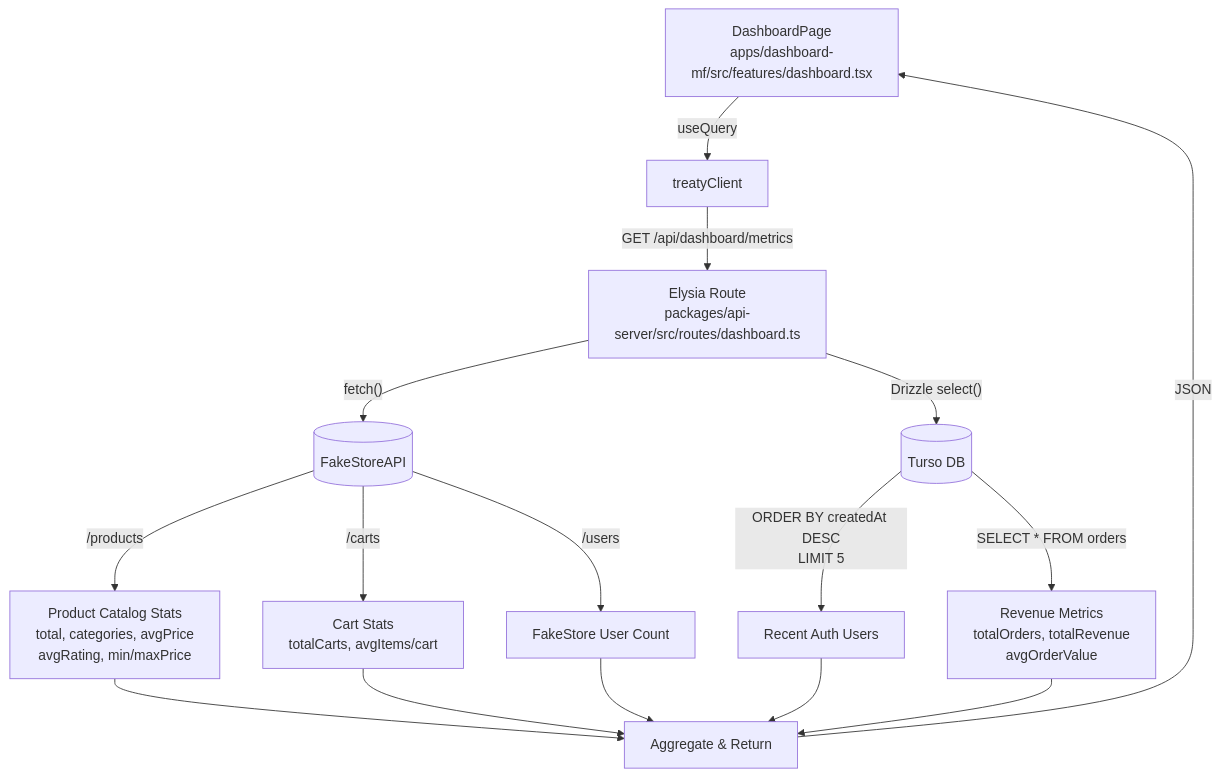
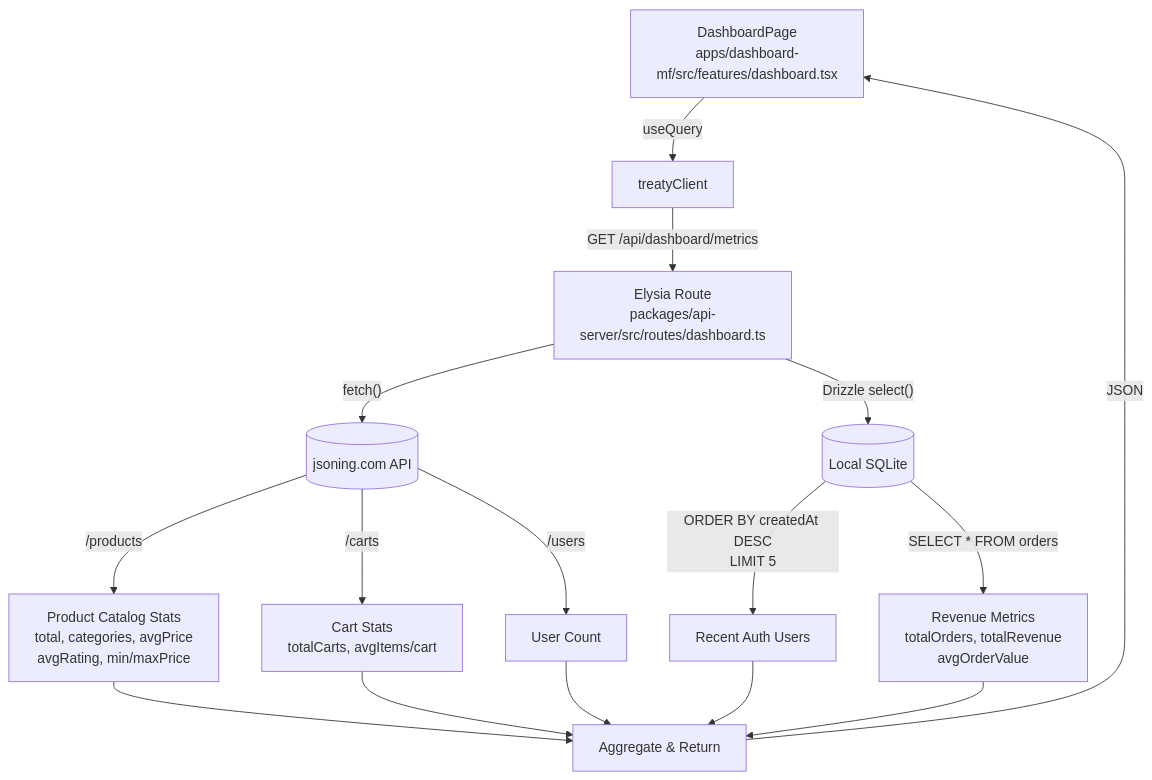
One commit to Its-Satyajit/MFECP changed the ninth of 9 diagrams in docs/architecture.md. Above: the diagram before and after it, drawn with Mermaid. The commit also changed other lines of this file and 10 other files, not shown here.

First line of the commit message:
docs: update architecture to reflect local SQLite + cart/order MFUpdate architecture diagrams descriptions match recent appstructure and data sources. Key changes:

````diff
--- a/docs/architecture.md
+++ b/docs/architecture.md
@@ -306,22 +308,22 @@
 ```mermaid
 flowchart TD
     Dash["DashboardPage<br/>apps/dashboard-mf/src/features/dashboard.tsx"] -->|"useQuery"| Treaty["treatyClient"]
     Treaty -->|"GET /api/dashboard/metrics"| Elysia["Elysia Route<br/>packages/api-server/src/routes/dashboard.ts"]
 
-    Elysia -->|"fetch()"| FSA[("FakeStoreAPI")]
-    Elysia -->|"Drizzle select()"| LocalDB[("Turso DB")]
+    Elysia -->|"fetch()"| Jsoning[("jsoning.com API")]
+    Elysia -->|"Drizzle select()"| LocalDB[("Local SQLite")]
 
-    FSA -->|"/products"| Products["Product Catalog Stats<br/>total, categories, avgPrice<br/>avgRating, min/maxPrice"]
-    FSA -->|"/carts"| Carts["Cart Stats<br/>totalCarts, avgItems/cart"]
-    FSA -->|"/users"| Users["FakeStore User Count"]
+    Jsoning -->|"/products"| Products["Product Catalog Stats<br/>total, categories, avgPrice<br/>avgRating, min/maxPrice"]
+    Jsoning -->|"/carts"| Carts["Cart Stats<br/>totalCarts, avgItems/cart"]
+    Jsoning -->|"/users"| Users["User Count"]
     LocalDB -->|"ORDER BY createdAt DESC<br/>LIMIT 5"| RecentUsers["Recent Auth Users"]
     LocalDB -->|"SELECT * FROM orders"| Orders["Revenue Metrics<br/>totalOrders, totalRevenue<br/>avgOrderValue"]
 
     Products --> Aggregate["Aggregate & Return"]
     Carts --> Aggregate
     Users --> Aggregate
     RecentUsers --> Aggregate
     Orders --> Aggregate
 
     Aggregate -->|"JSON"| Dash
 ```
````
